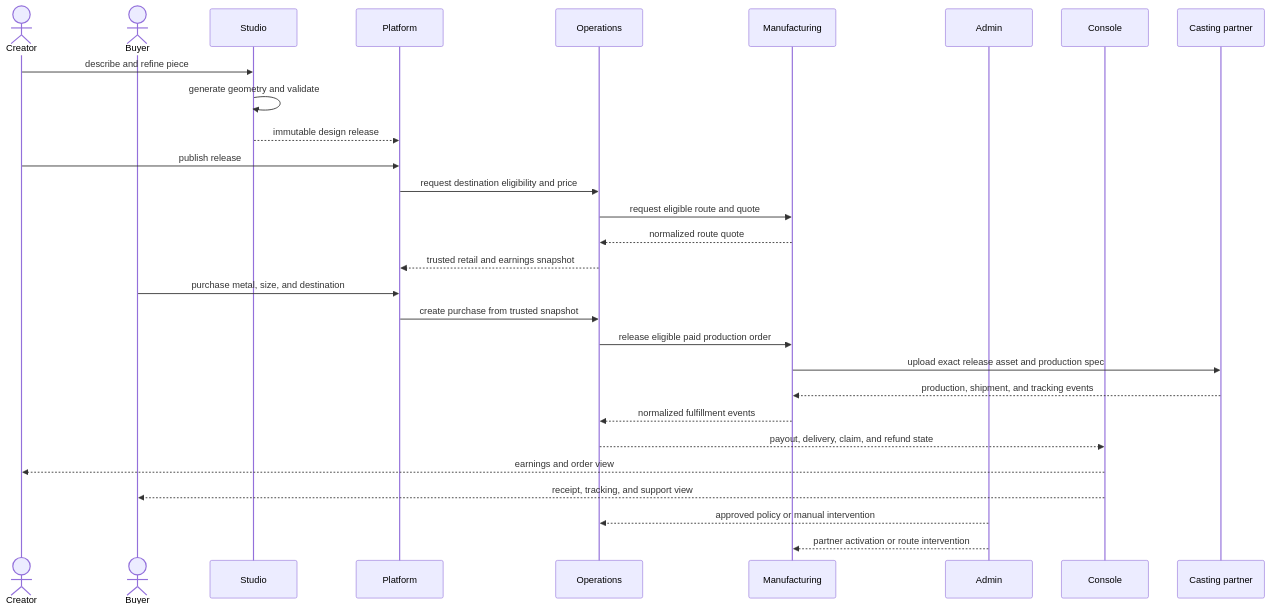
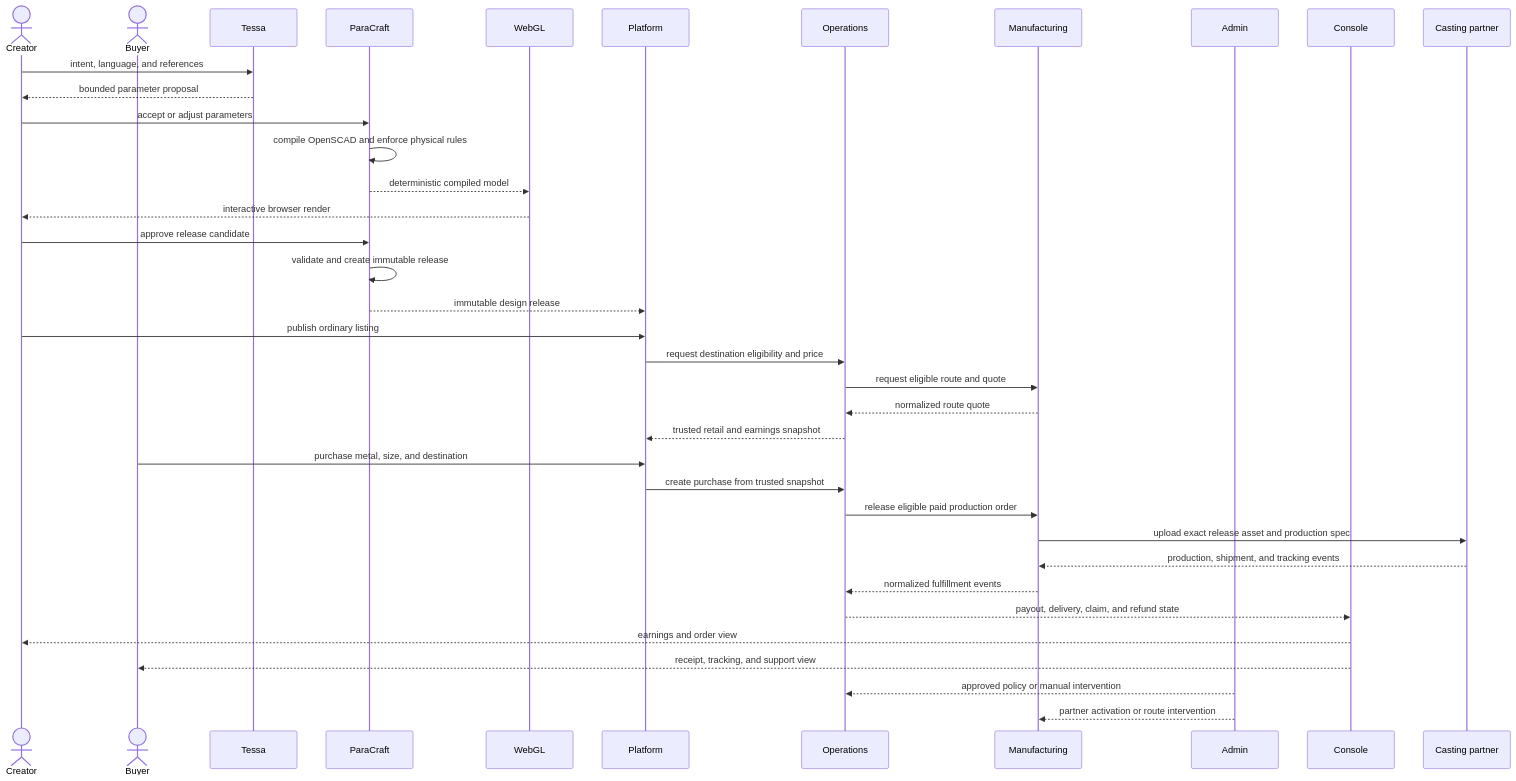
Before and after one commit to tinkrland/kirosculp: the diagram in docs/architecture/flow.md, drawn with Mermaid. The commit also changed other lines of this file and 21 other files, not shown here.

````diff
--- a/docs/architecture/flow.md
+++ b/docs/architecture/flow.md
@@ -3,32 +3,40 @@
 ```mermaid
 sequenceDiagram
     actor Creator
     actor Buyer
-    participant Studio
+    participant Tessa
+    participant ParaCraft
+    participant WebGL
     participant Platform
     participant Operations
     participant Manufacturing
     participant Admin
     participant Console
     participant Partner as Casting partner
 
-    Creator->>Studio: describe and refine piece
-    Studio->>Studio: generate geometry and validate
-    Studio-->>Platform: immutable design release
-    Creator->>Platform: publish release
+    Creator->>Tessa: intent, language, and references
+    Tessa-->>Creator: bounded parameter proposal
+    Creator->>ParaCraft: accept or adjust parameters
+    ParaCraft->>ParaCraft: compile OpenSCAD and enforce physical rules
+    ParaCraft-->>WebGL: deterministic compiled model
+    WebGL-->>Creator: interactive browser render
+    Creator->>ParaCraft: approve release candidate
+    ParaCraft->>ParaCraft: validate and create immutable release
+    ParaCraft-->>Platform: immutable design release
+    Creator->>Platform: publish ordinary listing
     Platform->>Operations: request destination eligibility and price
     Operations->>Manufacturing: request eligible route and quote
     Manufacturing-->>Operations: normalized route quote
     Operations-->>Platform: trusted retail and earnings snapshot
     Buyer->>Platform: purchase metal, size, and destination
     Platform->>Operations: create purchase from trusted snapshot
     Operations->>Manufacturing: release eligible paid production order
     Manufacturing->>Partner: upload exact release asset and production spec
     Partner-->>Manufacturing: production, shipment, and tracking events
     Manufacturing-->>Operations: normalized fulfillment events
     Operations-->>Console: payout, delivery, claim, and refund state
     Console-->>Creator: earnings and order view
     Console-->>Buyer: receipt, tracking, and support view
     Admin-->>Operations: approved policy or manual intervention
     Admin-->>Manufacturing: partner activation or route intervention
 ```
````
